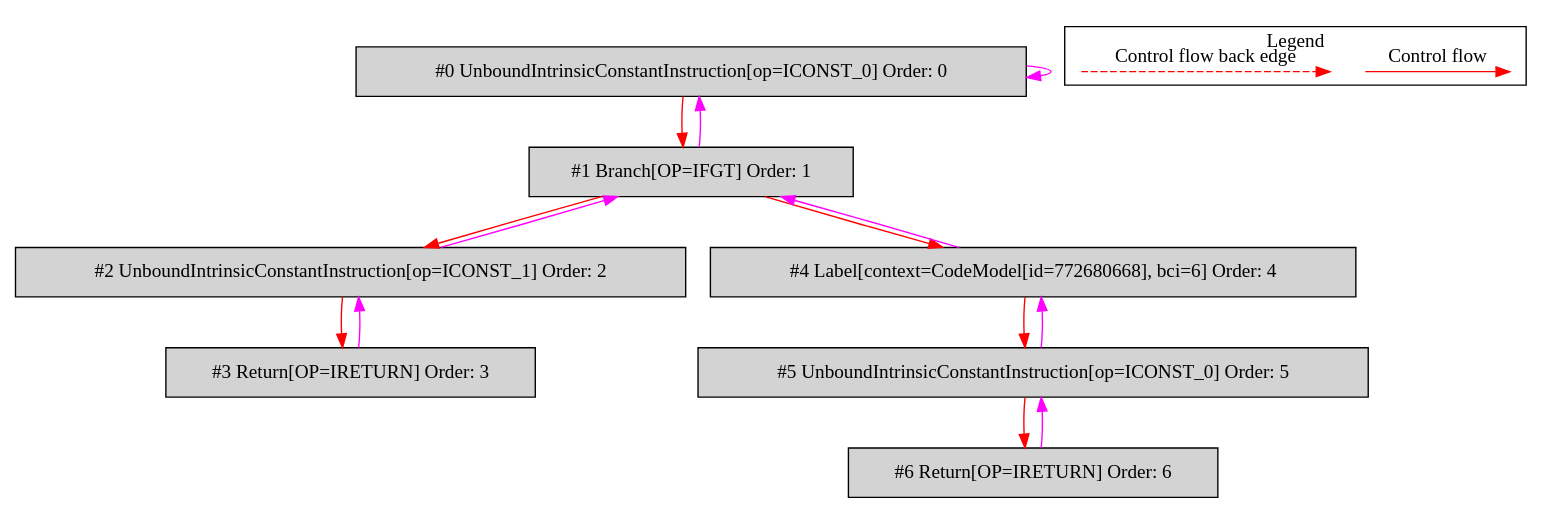
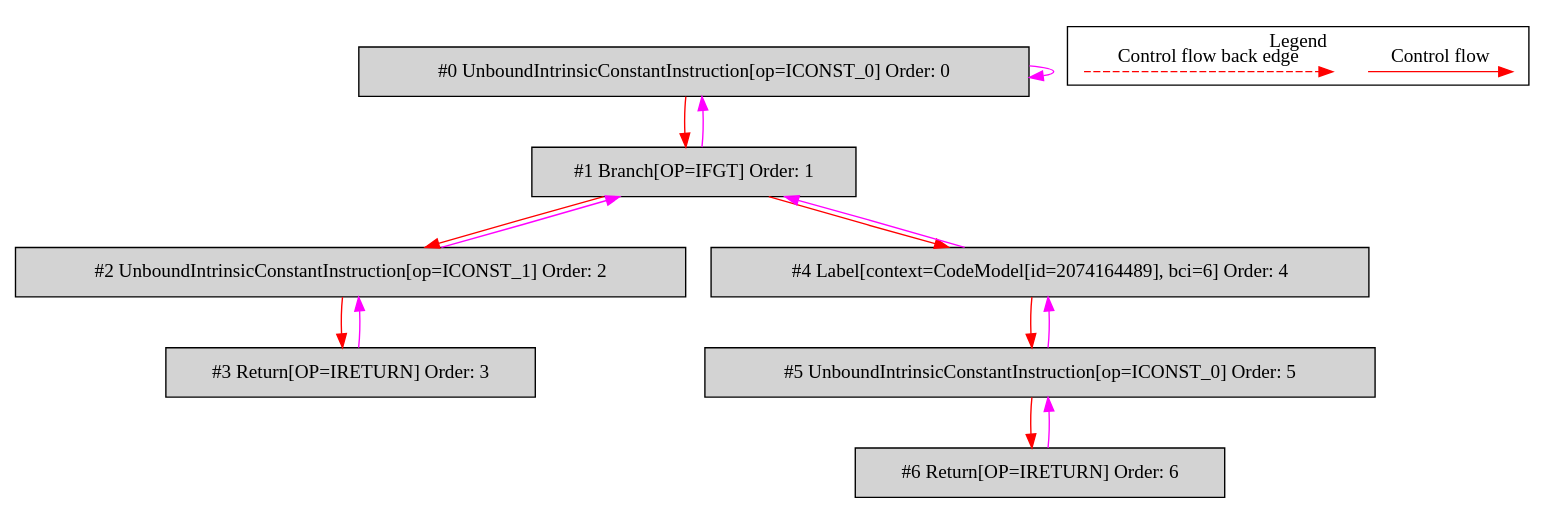
One commit to mirkosertic/MetaIR changed the diagram in de.mirkosertic.metair.ir.OpcodeIFGTTest/test_IFGT/bytecodecfg.dot. Above: the diagram before and after it, drawn with Graphviz. The commit also changed 1281 other files, not shown here.

```diff
--- a/de.mirkosertic.metair.ir.OpcodeIFGTTest/test_IFGT/bytecodecfg.dot
+++ b/de.mirkosertic.metair.ir.OpcodeIFGTTest/test_IFGT/bytecodecfg.dot
@@ -1,37 +1,37 @@
 digraph {
  ordering="in";
  node0[label="#0 UnboundIntrinsicConstantInstruction[op=ICONST_0] Order: 0", shape=box, fillcolor=lightgrey, style=filled];
  node1[label="#1 Branch[OP=IFGT] Order: 1", shape=box, fillcolor=lightgrey, style=filled];
  node2[label="#2 UnboundIntrinsicConstantInstruction[op=ICONST_1] Order: 2", shape=box, fillcolor=lightgrey, style=filled];
  node3[label="#3 Return[OP=IRETURN] Order: 3", shape=box, fillcolor=lightgrey, style=filled];
- node4[label="#4 Label[context=CodeModel[id=772680668], bci=6] Order: 4", shape=box, fillcolor=lightgrey, style=filled];
+ node4[label="#4 Label[context=CodeModel[id=2074164489], bci=6] Order: 4", shape=box, fillcolor=lightgrey, style=filled];
  node5[label="#5 UnboundIntrinsicConstantInstruction[op=ICONST_0] Order: 5", shape=box, fillcolor=lightgrey, style=filled];
  node6[label="#6 Return[OP=IRETURN] Order: 6", shape=box, fillcolor=lightgrey, style=filled];
  node0 -> node0[color=fuchsia];
  node0 -> node1[color=red];
  node1 -> node0[color=fuchsia];
  node1 -> node2[color=red];
  node2 -> node1[color=fuchsia];
  node2 -> node3[color=red];
  node3 -> node2[color=fuchsia];
  node1 -> node4[color=red];
  node4 -> node1[color=fuchsia];
  node4 -> node5[color=red];
  node5 -> node4[color=fuchsia];
  node5 -> node6[color=red];
  node6 -> node5[color=fuchsia];
  subgraph cluster_000 {
   label = "Legend";
   node [shape=point]
   {
    rank=same;
    c0 [style = invis];
    c1 [style = invis];
    c2 [style = invis];
    c3 [style = invis];
   }
   c0 -> c1 [label="Control flow", style=solid, color=red]
   c2 -> c3 [label="Control flow back edge", style=dashed, color=red]
  }
 
 }
```
